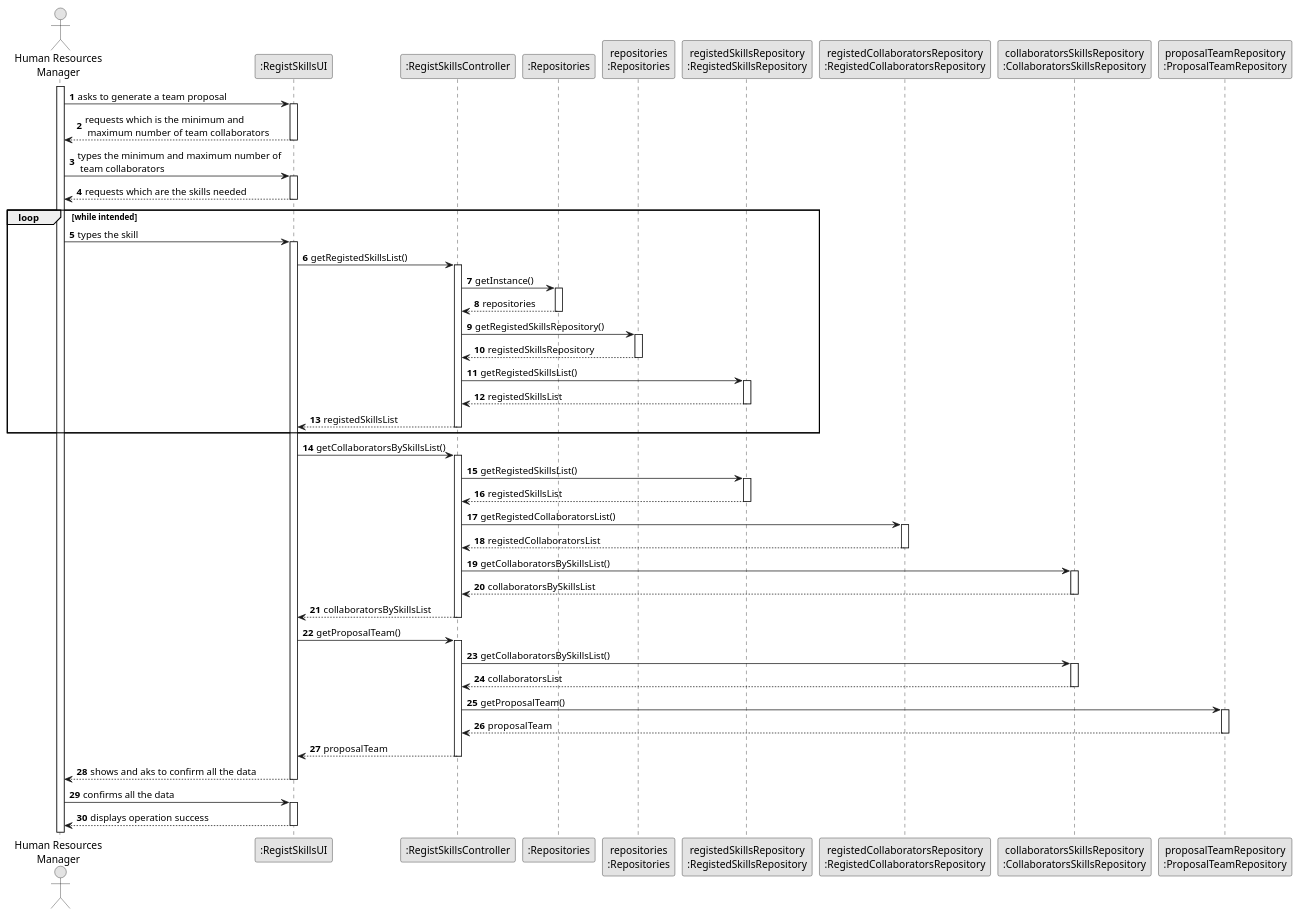
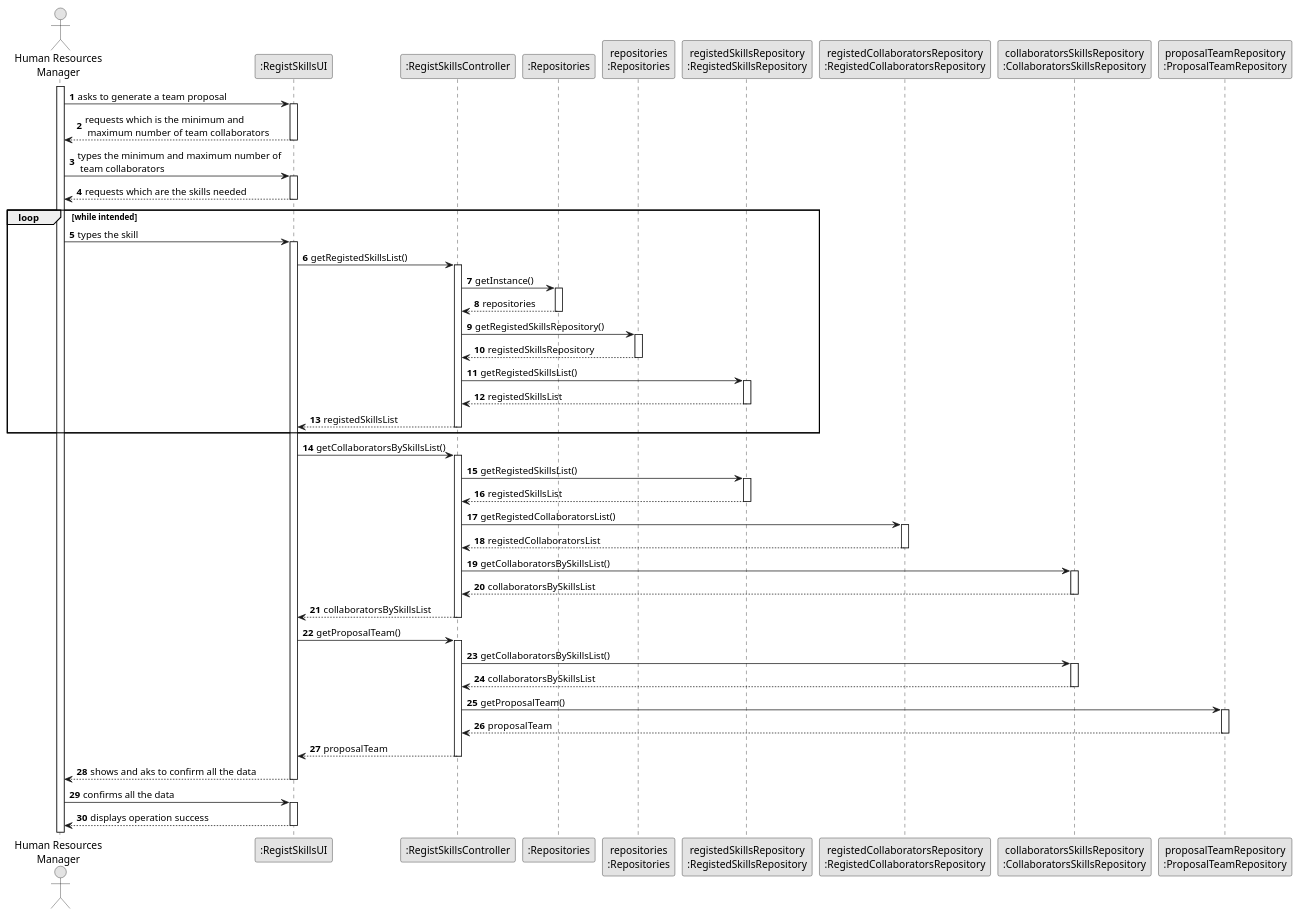
One commit to 1231360-ISEP/lei-24-s2-1db-g021 changed the diagram in docs/sprint2/us005/03.design/puml/us005-sequence-diagram-full.puml. Above: the diagram before and after it, drawn with PlantUML. The commit also changed 14 other files, not shown here.

```diff
--- a/docs/sprint2/us005/03.design/puml/us005-sequence-diagram-full.puml
+++ b/docs/sprint2/us005/03.design/puml/us005-sequence-diagram-full.puml
@@ -1,121 +1,121 @@
 @startuml
 skinparam monochrome true
 skinparam packageStyle rectangle
 skinparam shadowing false
 
 actor "Human Resources\nManager" as HRM
 participant ":RegistSkillsUI" as UI
 participant ":RegistSkillsController" as CTRL
 participant ":Repositories" as RepositorySingleton
 participant "repositories\n:Repositories" as PLAT
 participant "registedSkillsRepository\n:RegistedSkillsRepository" as RegistedSkillsRepository
 participant "registedCollaboratorsRepository\n:RegistedCollaboratorsRepository" as RegistedCollaboratorsRepository
 participant "collaboratorsSkillsRepository\n:CollaboratorsSkillsRepository" as CollaboratorsSkillsRepository
 participant "proposalTeamRepository\n:ProposalTeamRepository" as ProposalTeamRepository
 
 autonumber 1
 
 activate HRM
 
     HRM -> UI : asks to generate a team proposal
         activate UI
 
     UI --> HRM : requests which is the minimum and\n maximum number of team collaborators
     deactivate UI
 
 
     HRM -> UI : types the minimum and maximum number of\n team collaborators
         activate UI
 
     UI --> HRM : requests which are the skills needed
     deactivate UI
 
     loop while intended
 
             HRM -> UI : types the skill
         activate UI
 
             UI -> CTRL: getRegistedSkillsList()
 
         activate CTRL
 
             CTRL -> RepositorySingleton : getInstance()
         activate RepositorySingleton
 
         RepositorySingleton --> CTRL: repositories
         deactivate RepositorySingleton
 
             CTRL -> PLAT : getRegistedSkillsRepository()
         activate PLAT
 
         PLAT --> CTRL: registedSkillsRepository
         deactivate PLAT
 
             CTRL -> RegistedSkillsRepository : getRegistedSkillsList()
         activate RegistedSkillsRepository
 
         RegistedSkillsRepository --> CTRL : registedSkillsList
         deactivate RegistedSkillsRepository
 
         CTRL --> UI : registedSkillsList
         deactivate CTRL
 
     deactivate CTRL
     end
 
     UI -> CTRL: getCollaboratorsBySkillsList()
 
     activate CTRL
 
     CTRL -> RegistedSkillsRepository : getRegistedSkillsList()
     activate RegistedSkillsRepository
 
         RegistedSkillsRepository --> CTRL : registedSkillsList
     deactivate RegistedSkillsRepository
 
     CTRL -> RegistedCollaboratorsRepository : getRegistedCollaboratorsList()
         activate RegistedCollaboratorsRepository
 
         RegistedCollaboratorsRepository --> CTRL: registedCollaboratorsList
         deactivate RegistedCollaboratorsRepository
 
         CTRL -> CollaboratorsSkillsRepository : getCollaboratorsBySkillsList()
     activate CollaboratorsSkillsRepository
 
     CollaboratorsSkillsRepository --> CTRL : collaboratorsBySkillsList
     deactivate CollaboratorsSkillsRepository
 
     CTRL --> UI : collaboratorsBySkillsList
     deactivate CTRL
 
     UI -> CTRL: getProposalTeam()
 
     activate CTRL
 
         CTRL -> CollaboratorsSkillsRepository : getCollaboratorsBySkillsList()
     activate CollaboratorsSkillsRepository
 
-    CollaboratorsSkillsRepository --> CTRL: collaboratorsList
+    CollaboratorsSkillsRepository --> CTRL: collaboratorsBySkillsList
     deactivate CollaboratorsSkillsRepository
 
         CTRL -> ProposalTeamRepository : getProposalTeam()
     activate ProposalTeamRepository
 
     ProposalTeamRepository --> CTRL : proposalTeam
     deactivate ProposalTeamRepository
 
     CTRL --> UI : proposalTeam
     deactivate CTRL
 
 
     UI --> HRM : shows and aks to confirm all the data
     deactivate UI
 
     HRM -> UI : confirms all the data
     activate UI
 
     UI --> HRM : displays operation success
     deactivate UI
 
 
 @enduml
```
